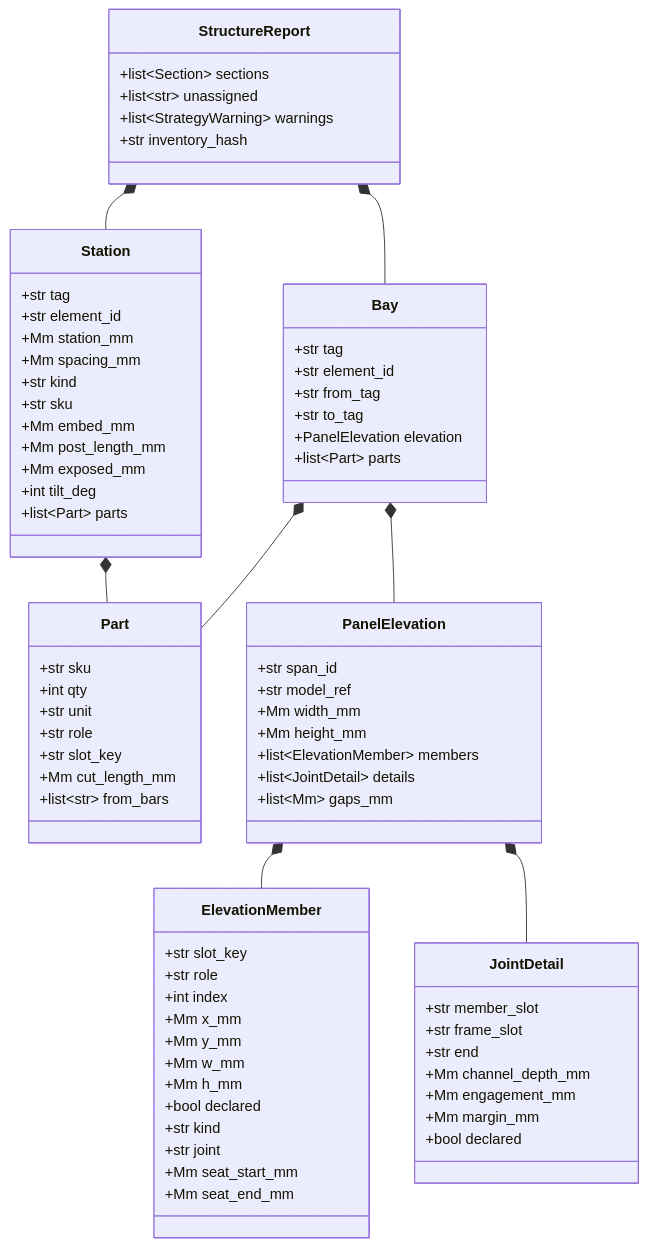
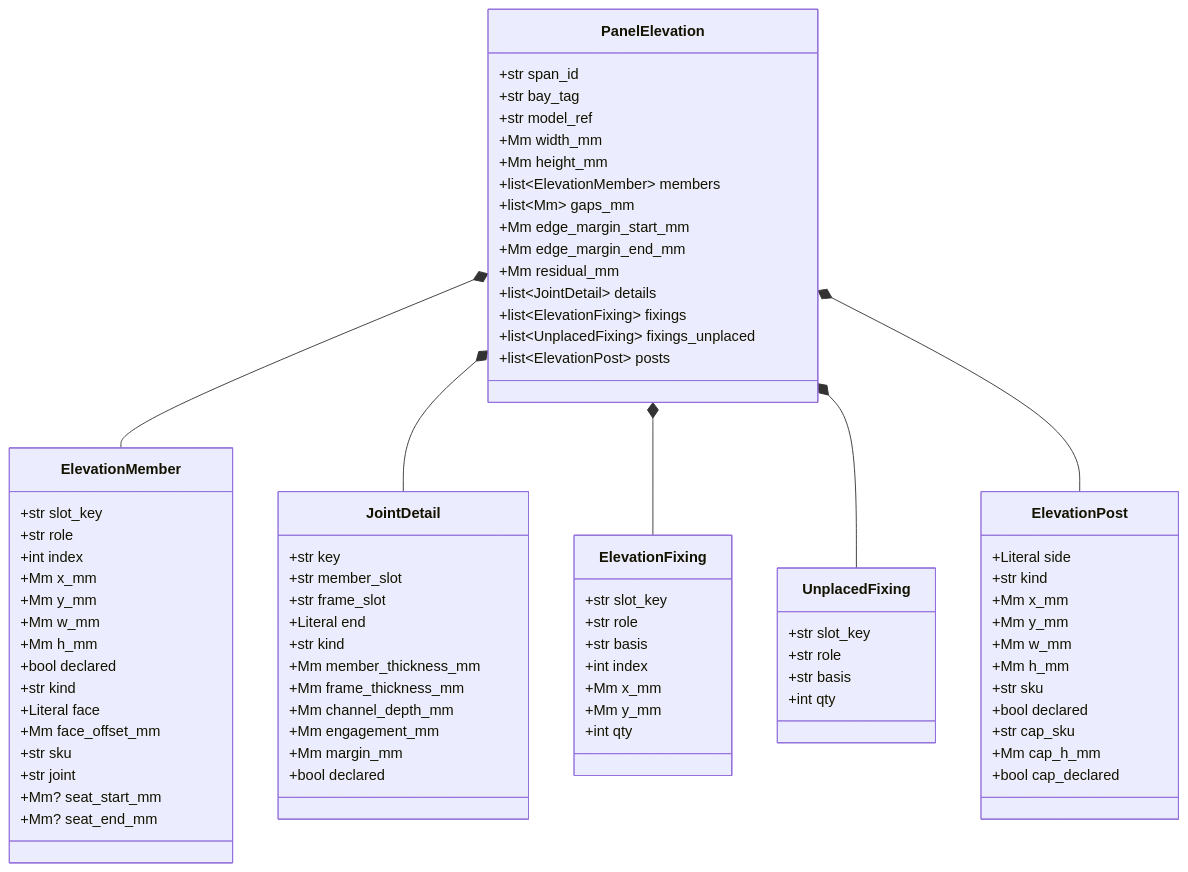
Before and after one commit to spicysauce1955-stack/BOM: diagram 19 of 27 in docs/architecture/02-entities.md, drawn with Mermaid. The commit also changed other lines of this file and 14 other files, not shown here.

````diff
--- a/docs/architecture/02-entities.md
+++ b/docs/architecture/02-entities.md
@@ -858,49 +2341,20 @@
 ```mermaid
 classDiagram
-    class StructureReport {
-        +list~Section~ sections
-        +list~str~ unassigned
-        +list~StrategyWarning~ warnings
-        +str inventory_hash
-    }
-    class Station {
-        +str tag
-        +str element_id
-        +Mm station_mm
-        +Mm spacing_mm
-        +str kind
-        +str sku
-        +Mm embed_mm
-        +Mm post_length_mm
-        +Mm exposed_mm
-        +int tilt_deg
-        +list~Part~ parts
-    }
-    class Bay {
-        +str tag
-        +str element_id
-        +str from_tag
-        +str to_tag
-        +PanelElevation elevation
-        +list~Part~ parts
-    }
-    class Part {
-        +str sku
-        +int qty
-        +str unit
-        +str role
-        +str slot_key
-        +Mm cut_length_mm
-        +list~str~ from_bars
-    }
     class PanelElevation {
         +str span_id
+        +str bay_tag
         +str model_ref
         +Mm width_mm
         +Mm height_mm
         +list~ElevationMember~ members
+        +list~Mm~ gaps_mm
+        +Mm edge_margin_start_mm
+        +Mm edge_margin_end_mm
+        +Mm residual_mm
         +list~JointDetail~ details
-        +list~Mm~ gaps_mm
+        +list~ElevationFixing~ fixings
+        +list~UnplacedFixing~ fixings_unplaced
+        +list~ElevationPost~ posts
     }
     class ElevationMember {
         +str slot_key
@@ -912,25 +2366,58 @@
         +Mm h_mm
         +bool declared
         +str kind
+        +Literal face
+        +Mm face_offset_mm
+        +str sku
         +str joint
-        +Mm seat_start_mm
-        +Mm seat_end_mm
+        +Mm? seat_start_mm
+        +Mm? seat_end_mm
     }
     class JointDetail {
+        +str key
         +str member_slot
         +str frame_slot
-        +str end
+        +Literal end
+        +str kind
+        +Mm member_thickness_mm
+        +Mm frame_thickness_mm
         +Mm channel_depth_mm
         +Mm engagement_mm
         +Mm margin_mm
         +bool declared
     }
+    class ElevationFixing {
+        +str slot_key
+        +str role
+        +str basis
+        +int index
+        +Mm x_mm
+        +Mm y_mm
+        +int qty
+    }
+    class UnplacedFixing {
+        +str slot_key
+        +str role
+        +str basis
+        +int qty
+    }
+    class ElevationPost {
+        +Literal side
+        +str kind
+        +Mm x_mm
+        +Mm y_mm
+        +Mm w_mm
+        +Mm h_mm
+        +str sku
+        +bool declared
+        +str cap_sku
+        +Mm cap_h_mm
+        +bool cap_declared
+    }
 
-    StructureReport *-- Station
-    StructureReport *-- Bay
-    Station *-- Part
-    Bay *-- Part
-    Bay *-- PanelElevation
     PanelElevation *-- ElevationMember
     PanelElevation *-- JointDetail
+    PanelElevation *-- ElevationFixing
+    PanelElevation *-- UnplacedFixing
+    PanelElevation *-- ElevationPost
 ```
````
